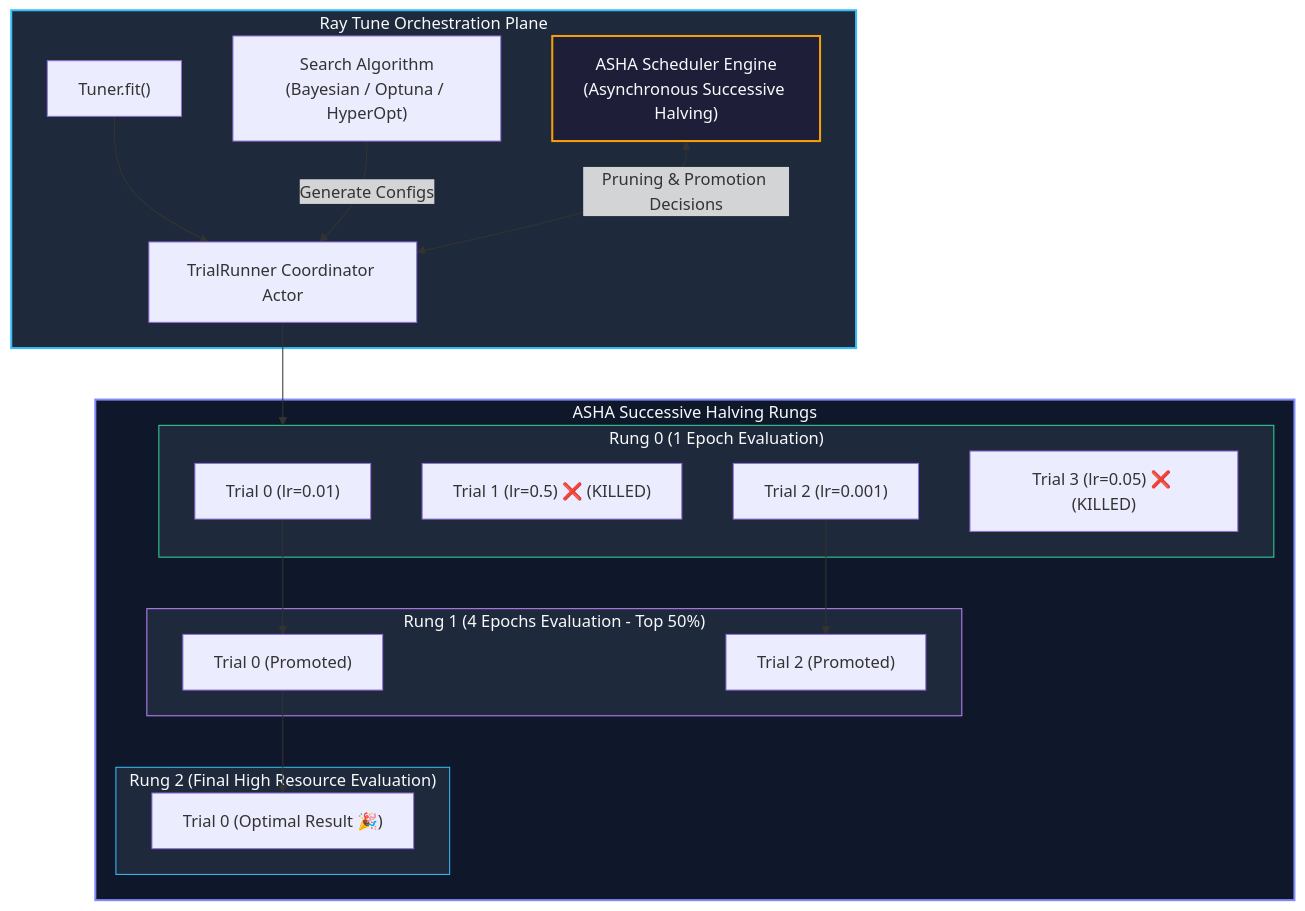
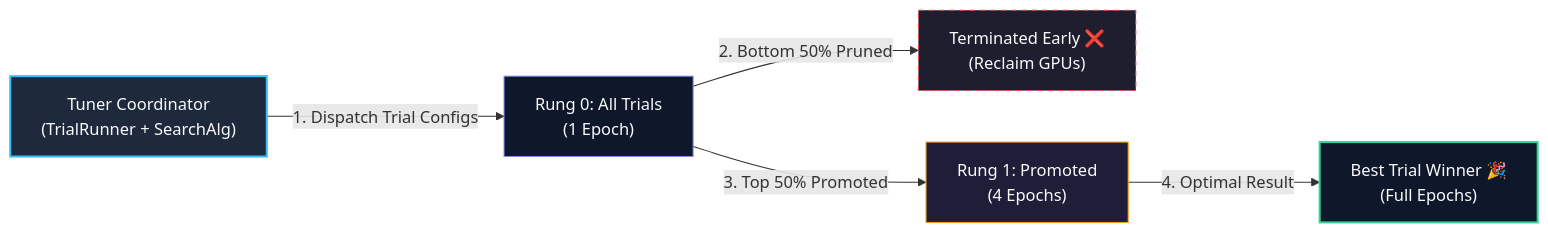
The diagram in docs/guides/11-ray-tune.md (dnf0/raylings), drawn with Mermaid before and after one commit. The commit also changed other lines of this file and 22 other files, not shown here.

Commit message:
docs: streamline mermaid diagrams and attach conceptual walkthroughs (#26)

````diff
--- a/docs/guides/11-ray-tune.md
+++ b/docs/guides/11-ray-tune.md
@@ -17,39 +17,13 @@
 ```mermaid
-flowchart TD
-    subgraph TunerDriver["Ray Tune Orchestration Plane"]
-        TunerObj["Tuner.fit()"] --> TrialRunner["TrialRunner Coordinator Actor"]
-        SearchAlg["Search Algorithm<br/>(Bayesian / Optuna / HyperOpt)"] -->|"Generate Configs"| TrialRunner
-        ASHASched["ASHA Scheduler Engine<br/>(Asynchronous Successive Halving)"] <-->|"Pruning & Promotion Decisions"| TrialRunner
-    end
+flowchart LR
+    Tuner["Tuner Coordinator<br/>(TrialRunner + SearchAlg)"] -->|"1. Dispatch Trial Configs"| Rung0["Rung 0: All Trials<br/>(1 Epoch)"]
+    Rung0 -->|"2. Bottom 50% Pruned"| Killed["Terminated Early ❌<br/>(Reclaim GPUs)"]
+    Rung0 -->|"3. Top 50% Promoted"| Rung1["Rung 1: Promoted<br/>(4 Epochs)"]
+    Rung1 -->|"4. Optimal Result"| Winner["Best Trial Winner 🎉<br/>(Full Epochs)"]
 
-    subgraph Rungs["ASHA Successive Halving Rungs"]
-        subgraph Rung0["Rung 0 (1 Epoch Evaluation)"]
-            T0["Trial 0 (lr=0.01)"]
-            T1["Trial 1 (lr=0.5) ❌ (KILLED)"]
-            T2["Trial 2 (lr=0.001)"]
-            T3["Trial 3 (lr=0.05) ❌ (KILLED)"]
-        end
-
-        subgraph Rung1["Rung 1 (4 Epochs Evaluation - Top 50%)"]
-            T0_p["Trial 0 (Promoted)"]
-            T2_p["Trial 2 (Promoted)"]
-        end
-
-        subgraph Rung2["Rung 2 (Final High Resource Evaluation)"]
-            T0_win["Trial 0 (Optimal Result 🎉)"]
-        end
-
-        T0 --> T0_p
-        T2 --> T2_p
-        T0_p --> T0_win
-    end
-
-    TrialRunner --> Rung0
-
-    style TunerDriver fill:#1e293b,stroke:#38bdf8,stroke-width:2px,color:#f8fafc
-    style Rungs fill:#0f172a,stroke:#818cf8,stroke-width:2px,color:#f8fafc
-    style ASHASched fill:#1e1e38,stroke:#f59e0b,stroke-width:2px,color:#f8fafc
-    style Rung0 fill:#1e293b,stroke:#34d399,stroke-width:1px,color:#f8fafc
-    style Rung1 fill:#1e293b,stroke:#c084fc,stroke-width:1px,color:#f8fafc
-    style Rung2 fill:#1e293b,stroke:#38bdf8,stroke-width:1px,color:#f8fafc
+    style Tuner fill:#1e293b,stroke:#38bdf8,stroke-width:2px,color:#f8fafc
+    style Rung0 fill:#0f172a,stroke:#818cf8,stroke-width:1px,color:#f8fafc
+    style Killed fill:#1e1e2e,stroke:#ef4444,stroke-width:1px,stroke-dasharray: 5 5,color:#f8fafc
+    style Rung1 fill:#1e1e38,stroke:#f59e0b,stroke-width:1px,color:#f8fafc
+    style Winner fill:#0f172a,stroke:#34d399,stroke-width:2px,color:#f8fafc
 ```
````
